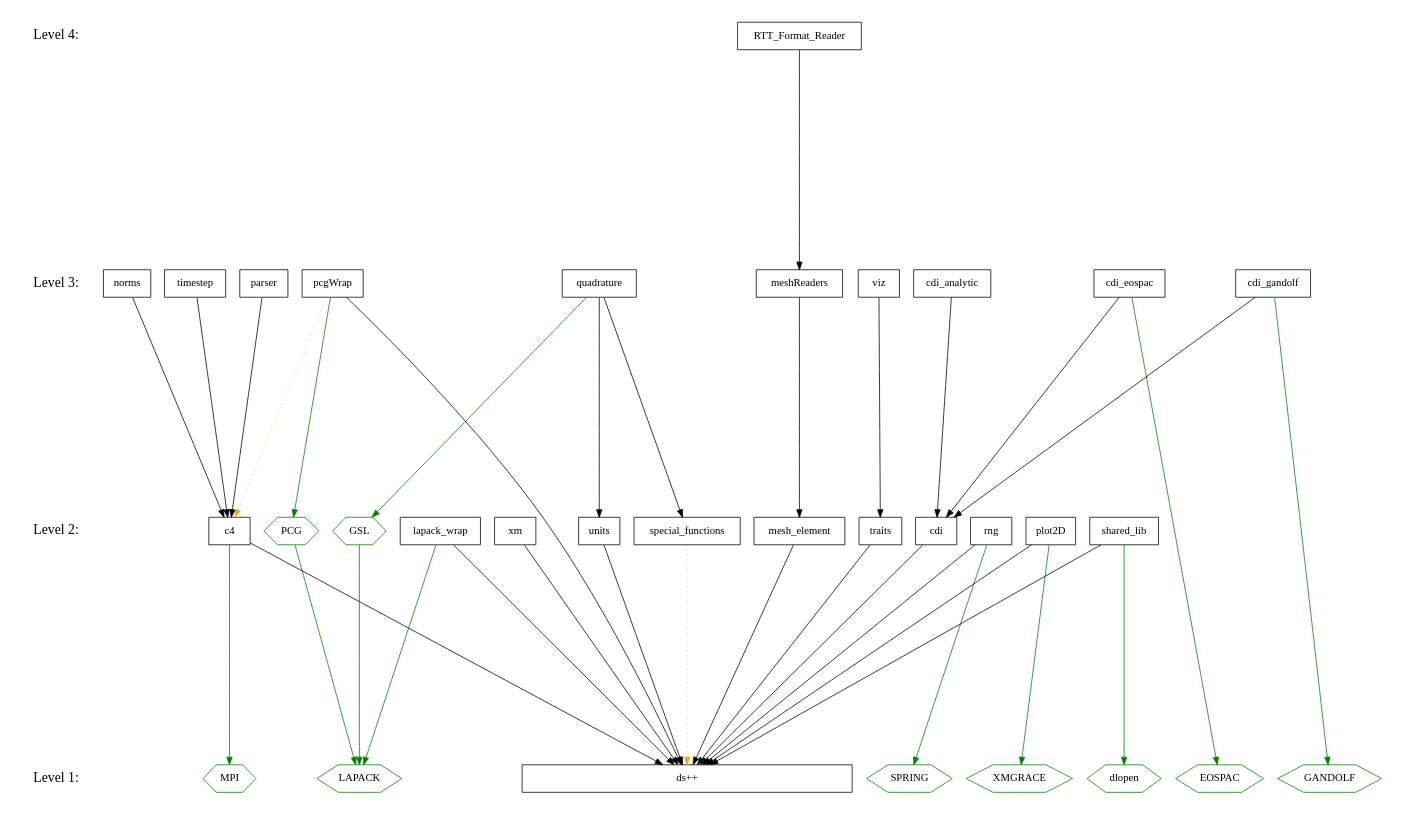
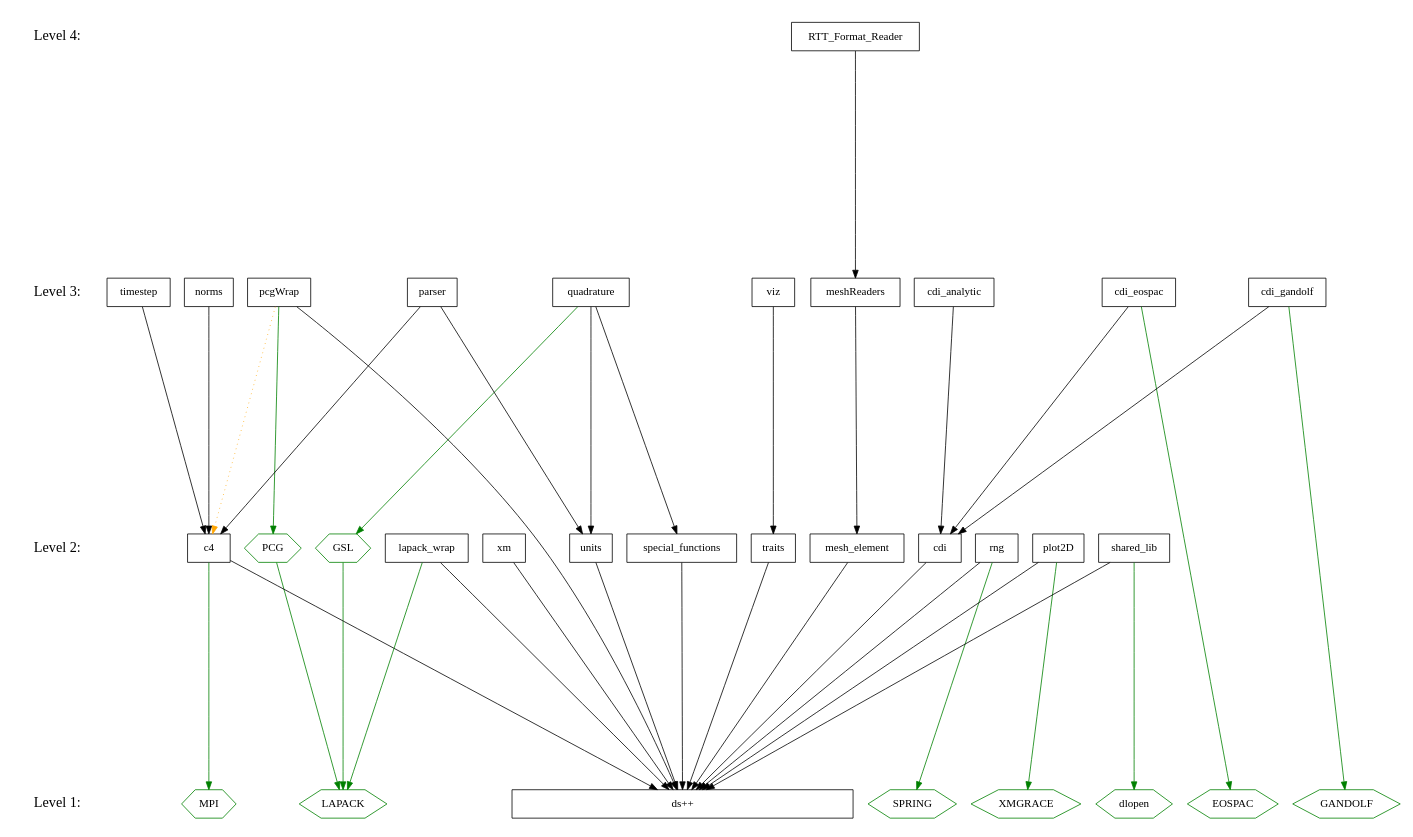
One commit to losalamos/Draco changed the diagram in doc/design/level.dot. Above: the diagram before and after it, drawn with Graphviz. The commit also changed 1 other file, not shown here.

Commit message:
o Minor update to dependency graph.

```diff
--- a/doc/design/level.dot
+++ b/doc/design/level.dot
@@ -1,121 +1,121 @@
 digraph draco_level {
     /* graph attributes */
     center=1;
     size="7.5,10";
     ranksep=4;
     
     /* levels */
     level1 [shape=plaintext, label="Level 1:", fontsize=18];
     level2 [shape=plaintext, label="Level 2:", fontsize=18];
     level3 [shape=plaintext, label="Level 3:", fontsize=18];
     level4 [shape=plaintext, label="Level 4:", fontsize=18];
 /*     level5 [shape=plaintext, label="Level 5:", fontsize=18]; */
 /*    level6 [shape=plaintext, label="Level 6:", fontsize=18]; */
     
     /* level6 -> level5 -> */
     level4 -> level3 -> level2 -> level1 [style=invis];
     
     /* packages */
 
     /* level 1 */
 /*    stdheaders [shape=box,     color=brown, label="stdheaders\n(Only when
       C++ compiler does not\nfully support C++ standard header files.)"]; */
     vmpi       [shape=hexagon, color=green, label="MPI"];
     vlapack    [shape=hexagon, color=green, label="LAPACK"];
     vgandolf   [shape=hexagon, color=green, label="GANDOLF"];
     veospac    [shape=hexagon, color=green, label="EOSPAC"];
     vgrace     [shape=hexagon, color=green, label="XMGRACE"];
     vspring    [shape=hexagon, color=green, label="SPRING"];
     vdlopen    [shape=hexagon, color=green, label="dlopen"];
         
     dsxx [shape=box, label="ds++", width=6];
     
     /* level 2 */
     vgsl       [shape=hexagon, color=green, label="GSL"];
     vpcg       [shape=hexagon, color=green, label="PCG"];
 
     traits [shape=box, label="traits"];
     xm     [shape=box, label="xm"];
     c4     [shape=box, label="c4"];
     rng    [shape=box, label="rng"];
     units  [shape=box, label="units"];
     cdi    [shape=box, label="cdi"];
     meshelement [shape=box, label="mesh_element"];
     plot   [shape=box, label="plot2D"];
     lapack [shape=box, label="lapack_wrap"];
     shlib  [shape=box, label="shared_lib"];
     sf     [shape=box, label="special_functions"];
         
     /* level 3 */
     quad   [shape=box, label="quadrature"];
     viz      [shape=box, label="viz"];
     timestep [shape=box, label="timestep"];
     cdianal  [shape=box, label="cdi_analytic"];
     cdieos   [shape=box, label="cdi_eospac"];
     cdigan   [shape=box, label="cdi_gandolf"];
     pcg      [shape=box, label="pcgWrap"];
     meshread [shape=box, label="meshReaders"];
     parser   [shape=box, label="parser"];
     norms    [shape=box, label="norms"];
     
     /* level 4 */
     rttread     [shape=box, label="RTT_Format_Reader"];
     
     /* level 6 */
 /*    meshservice [shape=box, label="meshReaders_Services"]; */
     
     /* dependencies */
     {rank=same; level1 dsxx vlapack vmpi veospac  vgandolf vgrace vspring vdlopen };
     {rank=same; level2 shlib plot lapack traits xm c4 rng units cdi meshelement vgsl vpcg sf};
     {rank=same; level3 viz timestep cdianal cdieos cdigan pcg meshread quad parser};
     {rank=same; level4 rttread};
 /*    {rank=same; level6 meshservice}; */
     
     /* draco packages */
 
     /* NOTE:  hidden dependencies are in comments at the end of each line.
      * For example if a package depends on c4 it implicitly depends on dsxx
      * as well.  The dependency on dsxx is not shown explicitly on the
      * graph. 
     
     /* level 2 */
     xm          -> {dsxx};
     units       -> {dsxx};
     traits      -> {dsxx};
     c4          -> {dsxx};
     c4          -> {vmpi}         [color="green"];
-    sf          -> {dsxx}         [color="orange" style=dotted];
+    sf          -> {dsxx};       /*  [ color="orange" style=dotted]; */
     rng         -> {dsxx};
     rng         -> {vspring}      [color="green"];
     cdi         -> {dsxx};
     meshelement -> {dsxx};
     plot        -> {dsxx};
     plot        -> {vgrace}       [color="green"];
     lapack      -> {dsxx};
     lapack      -> {vlapack}      [color="green"];
     shlib       -> {dsxx};
     shlib       -> {vdlopen}      [color="green"];
     vgsl        -> {vlapack}      [color="green"];
     vpcg        -> {vlapack}      [color="green"];
     
     /* level 3 */
     quad        -> {units sf};
     quad        -> {vgsl}         [color="green"];
     viz         -> {traits};      /* traits: dsxx */
     timestep    -> {c4};          /* c4      : dsxx */
     pcg         -> {dsxx};
     pcg         -> {vpcg} [color="green"];
     pcg         -> {c4}           [color="orange" style=dotted];
     cdianal     -> {cdi};         /* cdi     : dsxx */
     cdieos      -> {cdi};         /* cdi     : dsxx */
     cdieos      -> {veospac}      [color="green"]; 
     cdigan      -> {cdi};         /* cdi     : dsxx */
     cdigan      -> {vgandolf}     [color="green"];
     meshread    -> {meshelement};
-    parser      -> {c4}; /* dsxx */
+    parser      -> {c4 units}; /* dsxx */
     norms       -> {c4}; /* dsxx */
 
     /* level 4 */
     rttread     -> {meshread};           /* meshread: dsxx */
 
 }
```
